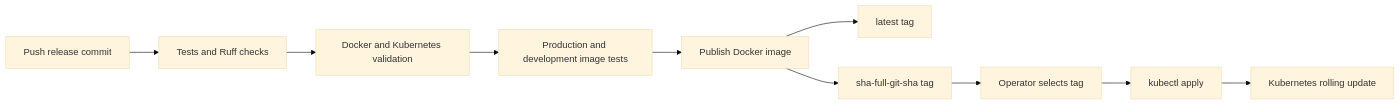
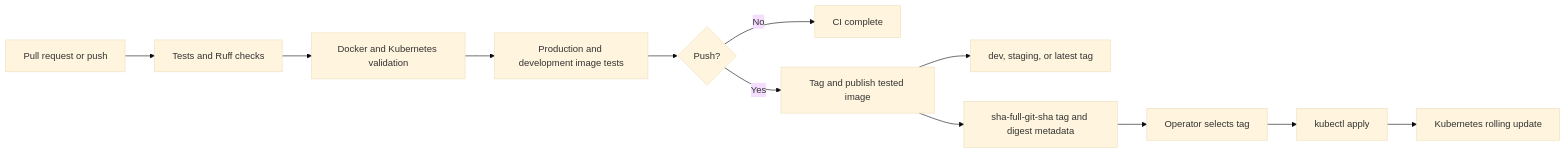
One commit to rezwanul7/PythonCICD changed the second of 2 diagrams in docs/architecture.md. Above: the diagram before and after it, drawn with Mermaid (base theme). The commit also changed other lines of this file and 7 other files, not shown here.

Commit message:
Add staging Docker Compose configuration and update architecture documentation

````diff
--- a/docs/architecture.md
+++ b/docs/architecture.md
@@ -163,12 +166,14 @@
 ```mermaid
 flowchart LR
-    Push[Push release commit] --> Tests[Tests and Ruff checks]
+    Change[Pull request or push] --> Tests[Tests and Ruff checks]
     Tests --> Validation[Docker and Kubernetes validation]
     Validation --> ImageTests[Production and development image tests]
-    ImageTests --> Publish[Publish Docker image]
-    Publish --> Latest[latest tag]
-    Publish --> Immutable[sha-full-git-sha tag]
+    ImageTests --> Event{Push?}
+    Event -->|No| Complete[CI complete]
+    Event -->|Yes| Publish[Tag and publish tested image]
+    Publish --> Channel[dev, staging, or latest tag]
+    Publish --> Immutable[sha-full-git-sha tag and digest metadata]
     Immutable --> Select[Operator selects tag]
     Select --> Apply[kubectl apply]
     Apply --> Rollout[Kubernetes rolling update]
 ```
````
